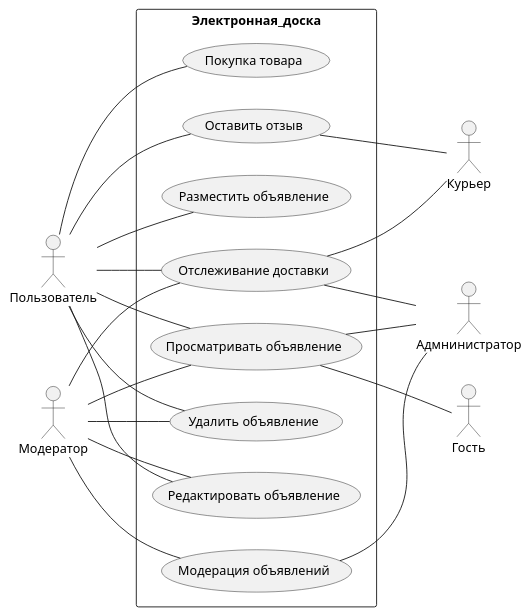
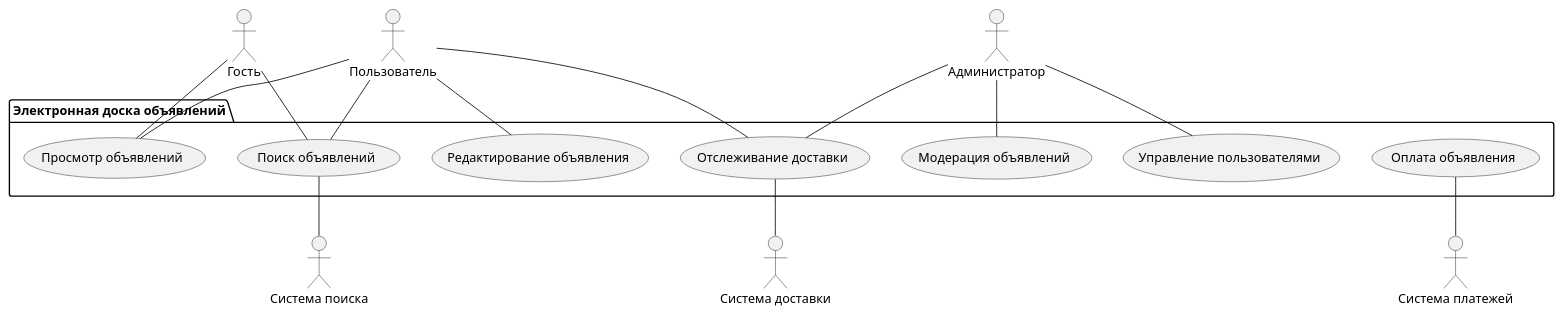
The diagram in Диаграмма прецедентов.md (penamarth/bsbo-01-22_team1_var13), drawn with PlantUML before and after one commit.

Commit message:
Edited Диаграмма прецедентов.md

````diff
--- a/Диаграмма прецедентов.md
+++ b/Диаграмма прецедентов.md
@@ -3,43 +3,32 @@
 ```plantuml
 @startuml
-skinparam packageStyle rect
-left to right direction
 
-package Электронная_доска {
+:Пользователь:
+:Администратор:
+:Гость:
+:Система доставки:
+:Система платежей:
+:Система поиска:
 
-(Разместить объявление)
-(Редактировать объявление)
-(Удалить объявление)
-(Просматривать объявление)
-(Отслеживание доставки)
-(Модерация объявлений)
-(Оставить отзыв)
-(Покупка товара)
+package "Электронная доска объявлений" {
+:Гость: -- (Просмотр объявлений)
+:Гость: -- (Поиск объявлений)
+
+:Пользователь: -- (Редактирование объявления)
+:Пользователь: -- (Просмотр объявлений)
+:Пользователь: -- (Поиск объявлений)
+:Пользователь: -- (Отслеживание доставки)
+
+:Администратор: -- (Модерация объявлений)
+:Администратор: -- (Управление пользователями)
+:Администратор: -- (Отслеживание доставки)
+
+(Оплата объявления) -- :Система платежей: 
+
+(Поиск объявлений) -- :Система поиска:
   
+(Отслеживание доставки) -- :Система доставки:
 }
-
-(Просматривать объявление) -- :Гость:
-
-(Просматривать объявление) -- :Адмнинистратор: 
-(Отслеживание доставки) -- :Адмнинистратор:
-(Модерация объявлений) -- :Адмнинистратор: 
-
-(Отслеживание доставки) -- :Курьер:
-(Оставить отзыв) -- :Курьер:
-
-:Пользователь: -- (Разместить объявление)
-:Пользователь: -- (Редактировать объявление)
-:Пользователь: -- (Удалить объявление)
-:Пользователь: -- (Просматривать объявление)
-:Пользователь: -- (Отслеживание доставки)
-:Пользователь: -- (Оставить отзыв)
-:Пользователь: --(Покупка товара)
-
-:Модератор: -- (Редактировать объявление)
-:Модератор: -- (Удалить объявление)
-:Модератор: -- (Просматривать объявление)
-:Модератор: -- (Отслеживание доставки)
-:Модератор: -- (Модерация объявлений)
 
 @enduml
 ```
````
